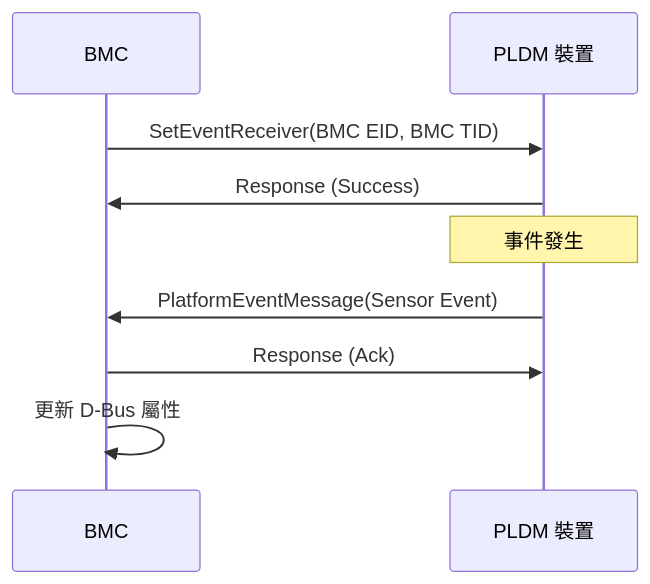
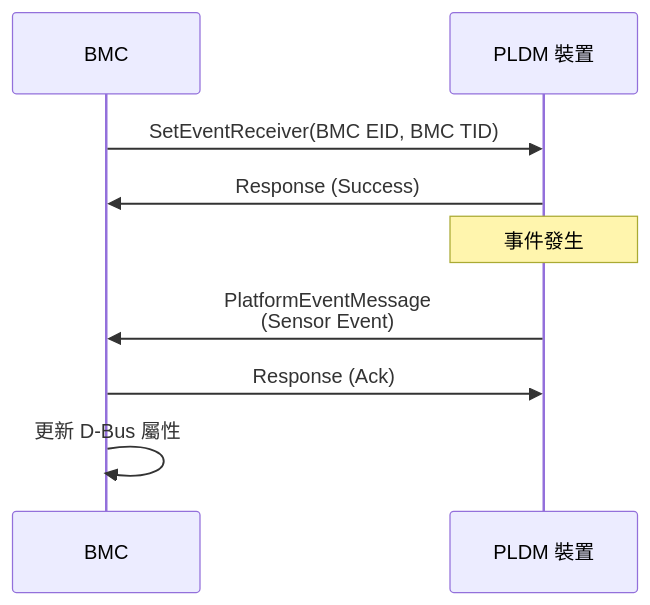
Before and after one commit to chilung-cgu/bmc-firmware-knowledge-base: the third of 3 diagrams in pldm/TypePlatform.md, drawn with Mermaid. The commit also changed other lines of this file and 18 other files, not shown here.

First line of the commit message:
docs(pldm): 批量優化 Mermaid 流程圖排版解決文字截斷問題

````diff
--- a/pldm/TypePlatform.md
+++ b/pldm/TypePlatform.md
@@ -247,14 +247,14 @@
 ```mermaid
 sequenceDiagram
     participant BMC as BMC
     participant Device as PLDM 裝置
 
     BMC->>Device: SetEventReceiver(BMC EID, BMC TID)
     Device->>BMC: Response (Success)
 
     Note over Device: 事件發生
 
-    Device->>BMC: PlatformEventMessage(Sensor Event)
+    Device->>BMC: PlatformEventMessage<br>(Sensor Event)
     BMC->>Device: Response (Ack)
     BMC->>BMC: 更新 D-Bus 屬性
 ```
````
